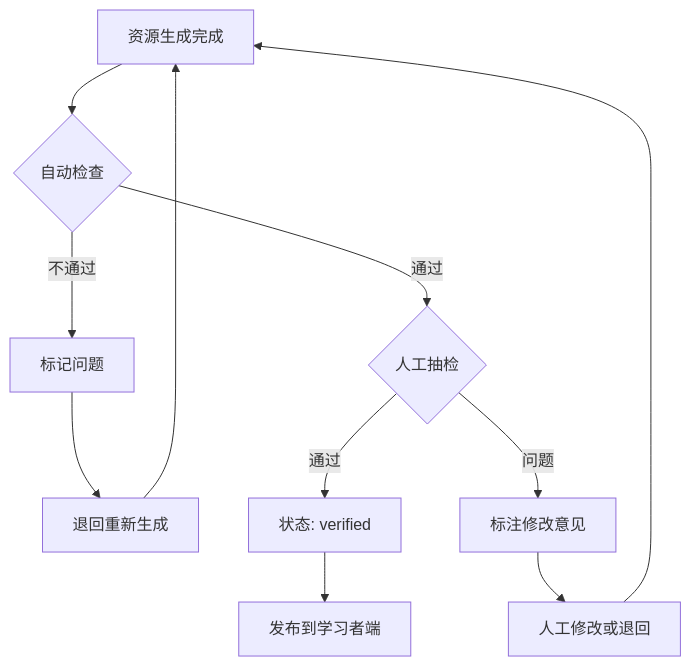
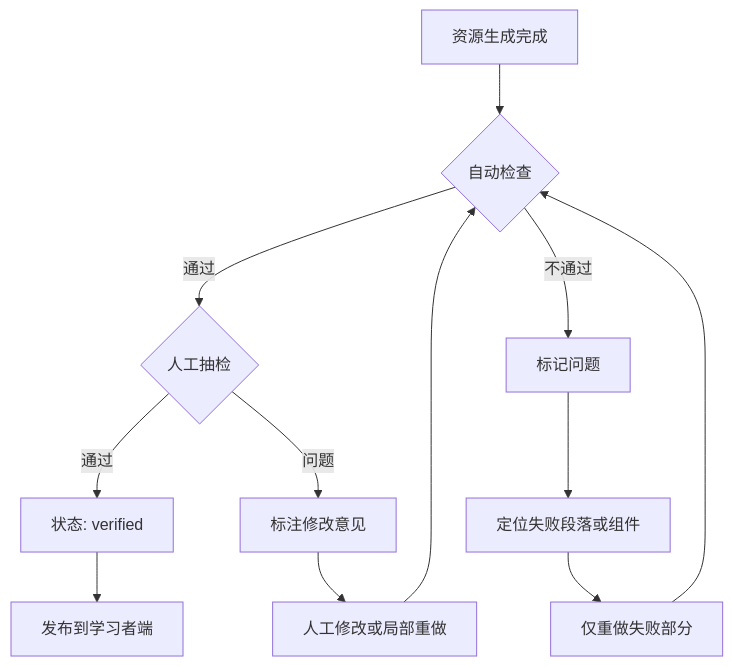
Before and after one commit to Pitkil/echo-adaptive-skill-training: the diagram in docs/member-d/resource_checklist.md, drawn with Mermaid. The commit also changed other lines of this file and 9 other files, not shown here.

````diff
--- a/docs/member-d/resource_checklist.md
+++ b/docs/member-d/resource_checklist.md
@@ -245,15 +245,16 @@
 ```mermaid
 flowchart TD
     A[资源生成完成] --> B{自动检查}
     B -->|通过| C{人工抽检}
     B -->|不通过| D[标记问题]
-    D --> E[退回重新生成]
-    E --> A
+    D --> E[定位失败段落或组件]
+    E --> J[仅重做失败部分]
+    J --> B
     
     C -->|通过| F[状态: verified]
     C -->|问题| G[标注修改意见]
-    G --> H[人工修改或退回]
-    H --> A
+    G --> H[人工修改或局部重做]
+    H --> B
     
     F --> I[发布到学习者端]
 ```
````
